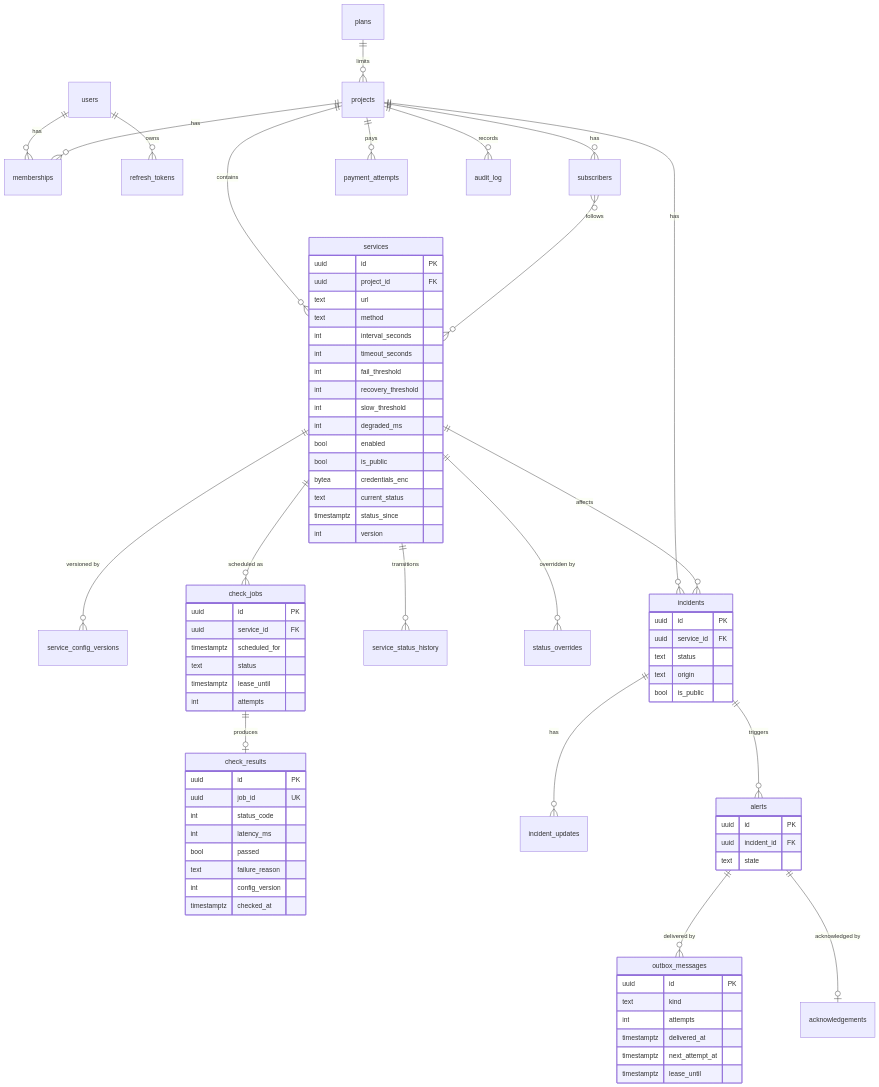
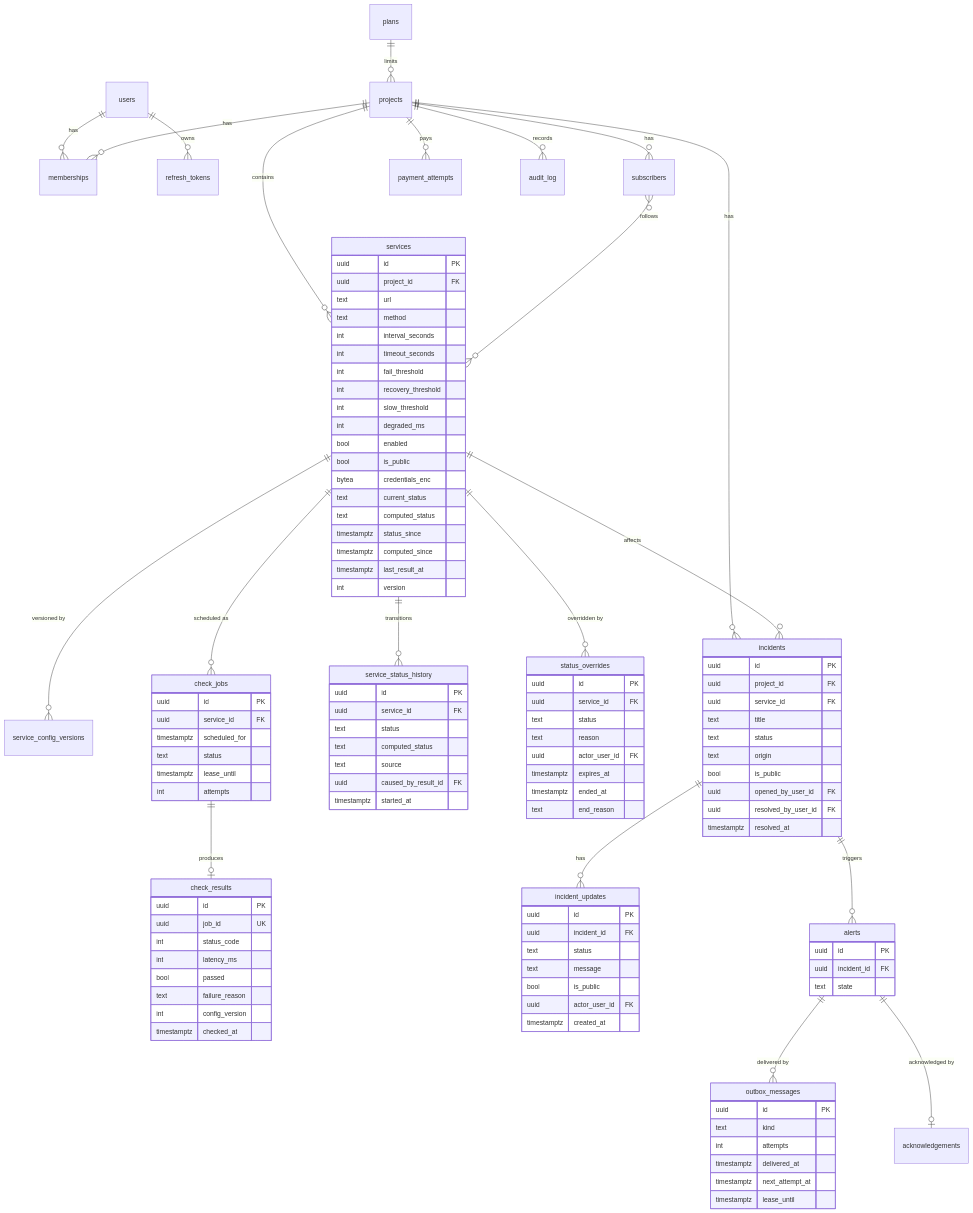
The diagram in docs/erd.md (dominion-000/status-pulse), drawn with Mermaid before and after one commit. The commit also changed other lines of this file and 2 other files, not shown here.

Commit message:
docs: record the slow-result recovery rule and the Week 3 model

```diff
--- a/docs/erd.md
+++ b/docs/erd.md
@@ -42,8 +42,30 @@
     bool is_public
     bytea credentials_enc
     text current_status
+    text computed_status
     timestamptz status_since
+    timestamptz computed_since
+    timestamptz last_result_at
     int version
+  }
+  service_status_history {
+    uuid id PK
+    uuid service_id FK
+    text status
+    text computed_status
+    text source
+    uuid caused_by_result_id FK
+    timestamptz started_at
+  }
+  status_overrides {
+    uuid id PK
+    uuid service_id FK
+    text status
+    text reason
+    uuid actor_user_id FK
+    timestamptz expires_at
+    timestamptz ended_at
+    text end_reason
   }
   check_jobs {
     uuid id PK
@@ -65,10 +87,24 @@
   }
   incidents {
     uuid id PK
+    uuid project_id FK
     uuid service_id FK
+    text title
     text status
     text origin
     bool is_public
+    uuid opened_by_user_id FK
+    uuid resolved_by_user_id FK
+    timestamptz resolved_at
+  }
+  incident_updates {
+    uuid id PK
+    uuid incident_id FK
+    text status
+    text message
+    bool is_public
+    uuid actor_user_id FK
+    timestamptz created_at
   }
   alerts {
     uuid id PK
```
